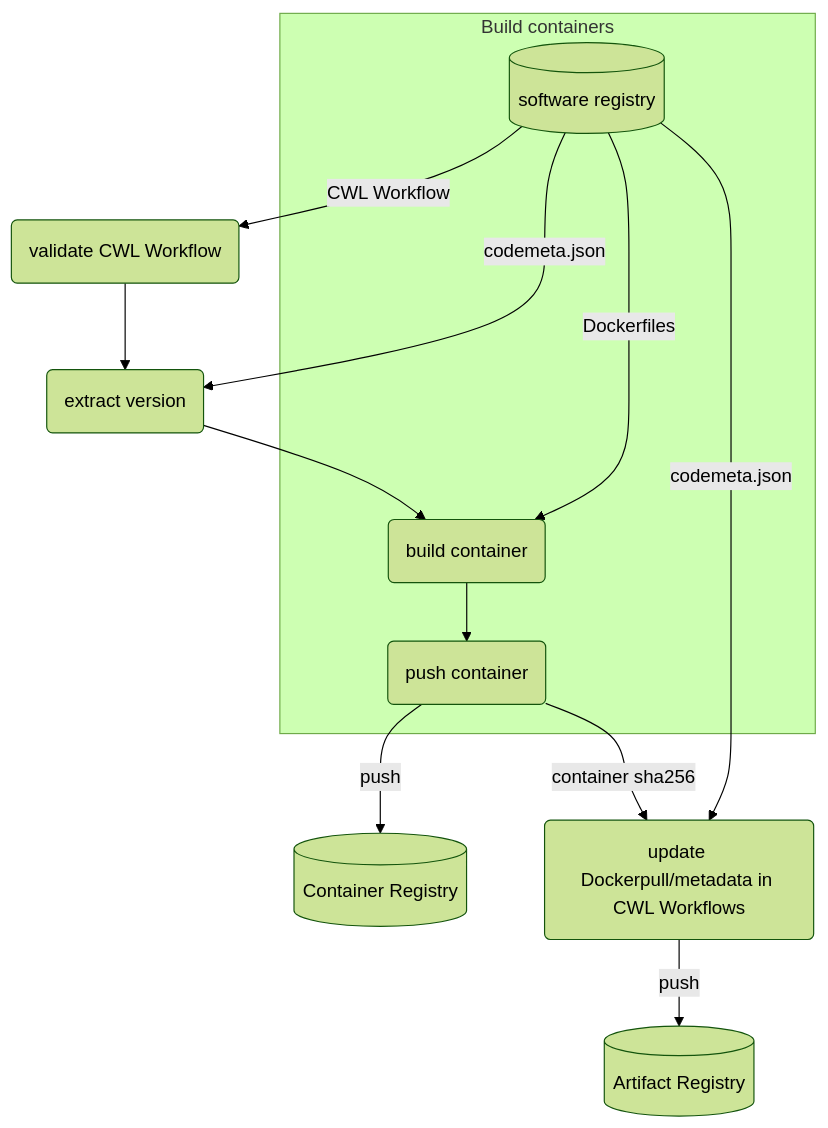
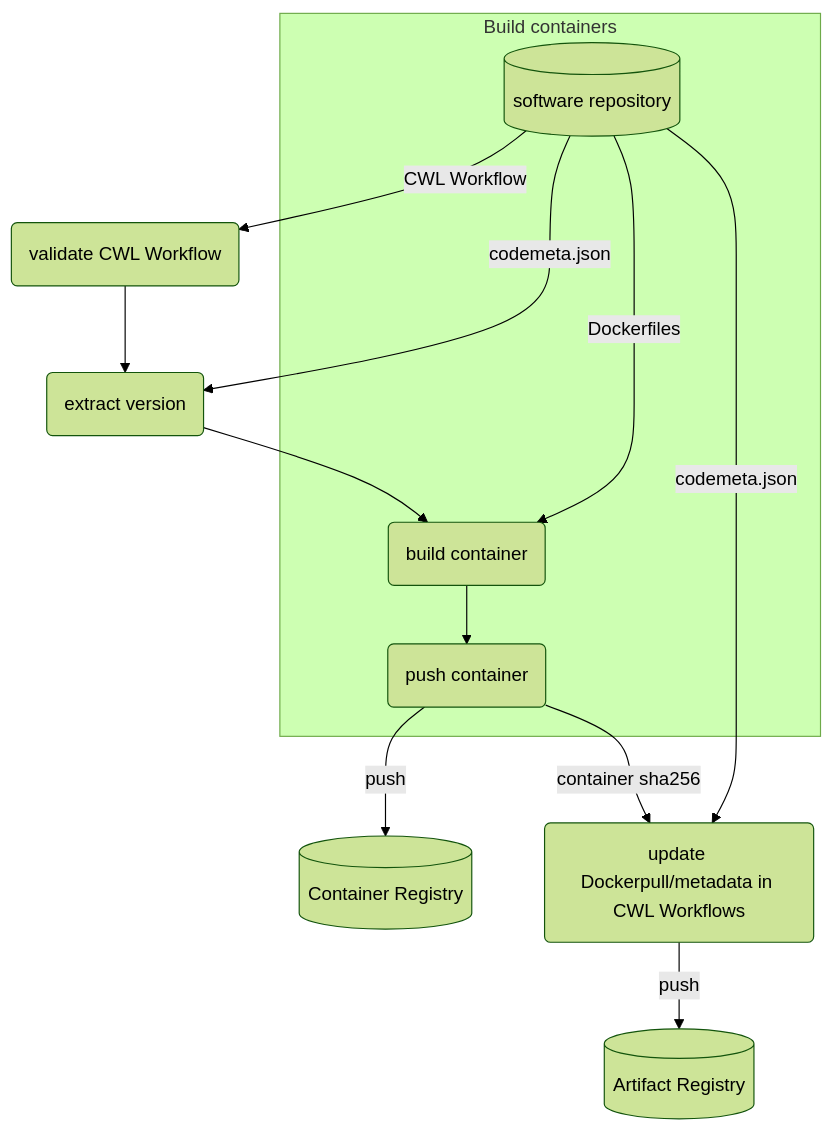
The diagram in docs/release/ci.md (Terradue/app-package-training-bids23), drawn with Mermaid (forest theme) before and after one commit. The commit also changed 4 other files, not shown here.

````diff
--- a/docs/release/ci.md
+++ b/docs/release/ci.md
@@ -31,16 +31,16 @@
 ``` mermaid
 graph TB
-SCM[(software registry)]
+SCM[(software repository)]
 SCM -- CWL Workflow --> A
 SCM -- codemeta.json --> B
 A(validate CWL Workflow) --> B(extract version)
 B --> C
 subgraph Build containers
 SCM -- Dockerfiles --> C
 C(build container) --> D(push container) 
 end
 D -- push --> CR[(Container Registry)] 
 D -- container sha256 --> F("update Dockerpull/metadata in CWL Workflows") 
 F -- push --> AR[(Artifact Registry)]
 SCM -- codemeta.json --> F
 ```
````
